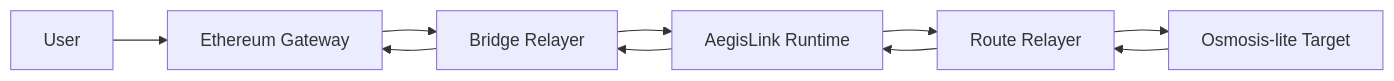
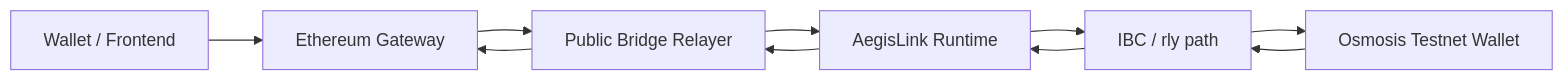
One commit to ayushns01/AegisLink changed the diagram in README.md. Above: the diagram before and after it, drawn with Mermaid. The commit also changed other lines of this file and 2 other files, not shown here.

````diff
--- a/README.md
+++ b/README.md
@@ -60,12 +76,12 @@
 ```mermaid
 flowchart LR
-    U["User"] --> E["Ethereum Gateway"]
-    E --> BR["Bridge Relayer"]
+    W["Wallet / Frontend"] --> E["Ethereum Gateway"]
+    E --> BR["Public Bridge Relayer"]
     BR --> A["AegisLink Runtime"]
-    A --> RR["Route Relayer"]
-    RR --> O["Osmosis-lite Target"]
-    O --> RR
-    RR --> A
+    A --> IBC["IBC / rly path"]
+    IBC --> O["Osmosis Testnet Wallet"]
+    O --> IBC
+    IBC --> A
     A --> BR
     BR --> E
 ```
````
